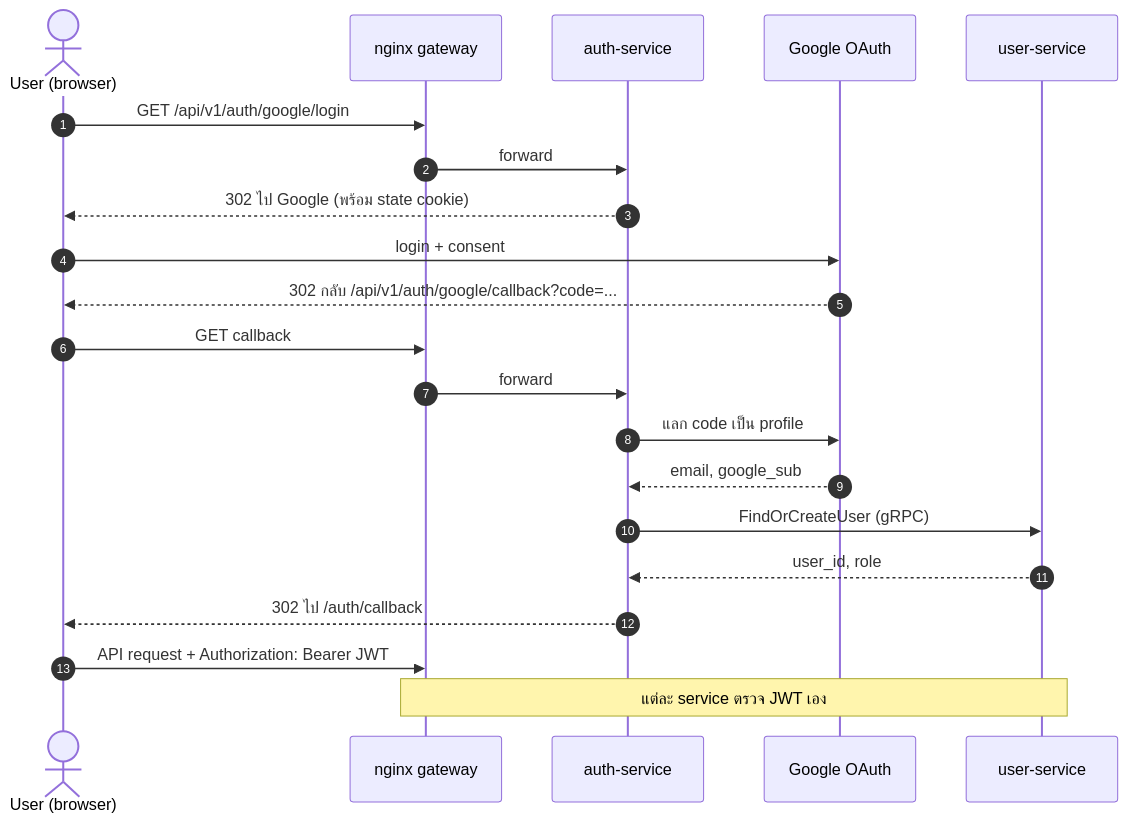
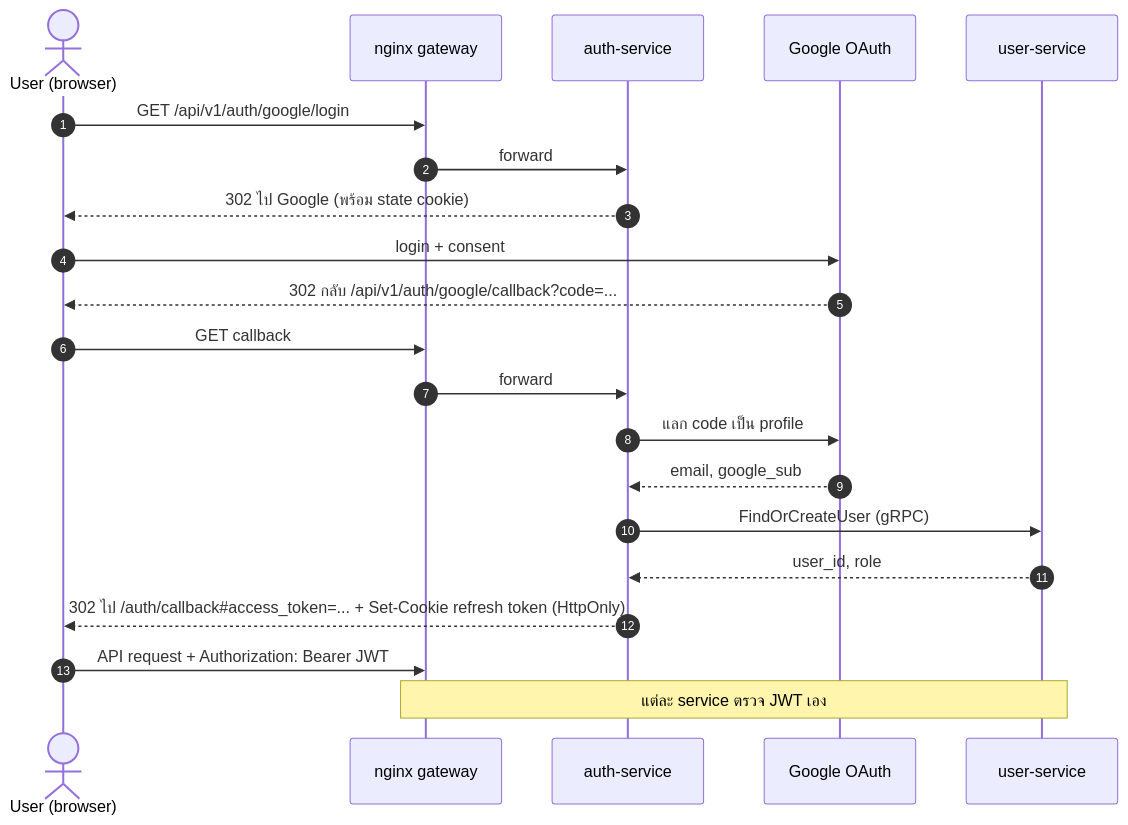
Before and after one commit to polar-bear-cu/sgt-deploy: the fifth of 6 diagrams in docs/diagrams.md, drawn with Mermaid. The commit also changed other lines of this file, not shown here.

Commit message:
fix: mermaid diagram

````diff
--- a/docs/diagrams.md
+++ b/docs/diagrams.md
@@ -135,24 +137,24 @@
 ```mermaid
 sequenceDiagram
     autonumber
     actor U as User (browser)
     participant GW as nginx gateway
     participant A as auth-service
     participant G as Google OAuth
     participant US as user-service
 
     U->>GW: GET /api/v1/auth/google/login
     GW->>A: forward
     A-->>U: 302 ไป Google (พร้อม state cookie)
     U->>G: login + consent
     G-->>U: 302 กลับ /api/v1/auth/google/callback?code=...
     U->>GW: GET callback
     GW->>A: forward
     A->>G: แลก code เป็น profile
     G-->>A: email, google_sub
     A->>US: FindOrCreateUser (gRPC)
     US-->>A: user_id, role
-    A-->>U: 302 ไป /auth/callback#access_token=... + Set-Cookie refresh token (HttpOnly)
+    A-->>U: 302 ไป /auth/callback#35;access_token=... + Set-Cookie refresh token (HttpOnly)
     U->>GW: API request + Authorization: Bearer JWT
     Note over GW,US: แต่ละ service ตรวจ JWT เอง
 ```
````
